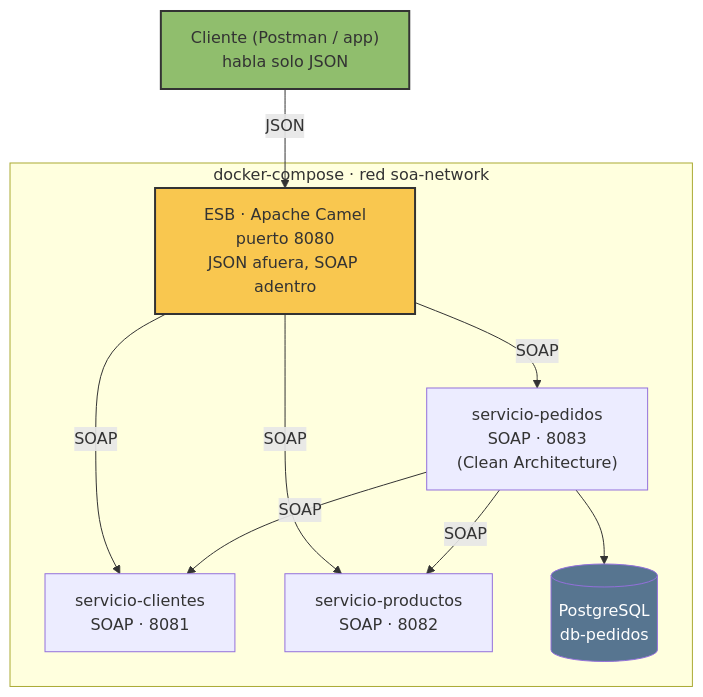
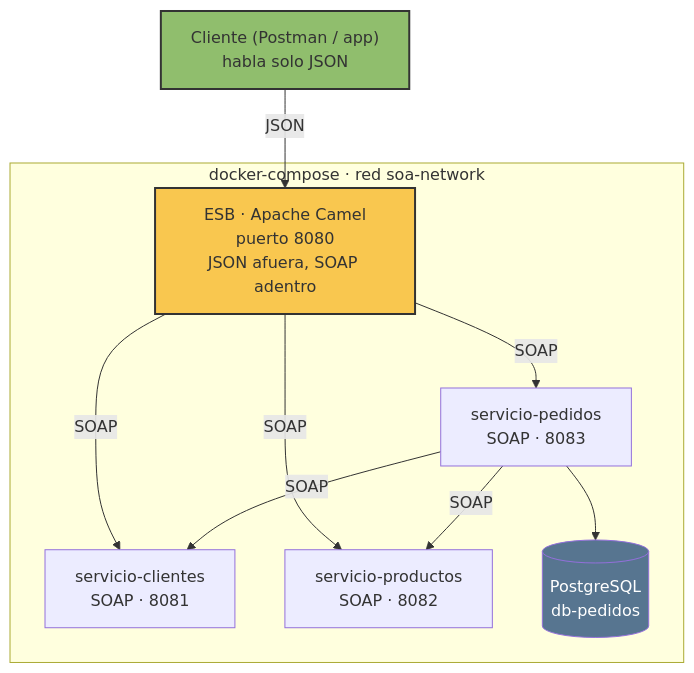
The second of 3 diagrams in README.md (PaolaNhataly/Arquitectura_SOA), drawn with Mermaid before and after one commit. The commit also changed other lines of this file, not shown here.

````diff
--- a/README.md
+++ b/README.md
@@ -170,25 +159,25 @@
 ```mermaid
 flowchart TB
     Cliente["Cliente (Postman / app)<br/>habla solo JSON"]
 
     subgraph Docker["docker-compose · red soa-network"]
         ESB["ESB · Apache Camel<br/>puerto 8080<br/>JSON afuera, SOAP adentro"]
         SC["servicio-clientes<br/>SOAP · 8081"]
         SP["servicio-productos<br/>SOAP · 8082"]
-        SPed["servicio-pedidos<br/>SOAP · 8083<br/>(Clean Architecture)"]
+        SPed["servicio-pedidos<br/>SOAP · 8083<br/>"]
         DB[("PostgreSQL<br/>db-pedidos")]
 
         ESB -->|SOAP| SC
         ESB -->|SOAP| SP
         ESB -->|SOAP| SPed
         SPed -->|SOAP| SC
         SPed -->|SOAP| SP
         SPed --> DB
     end
 
     Cliente -->|JSON| ESB
 
     style ESB fill:#f9c74f,stroke:#333,stroke-width:2px
     style Cliente fill:#90be6d,stroke:#333,stroke-width:2px
     style DB fill:#577590,color:#fff
 ```
````
